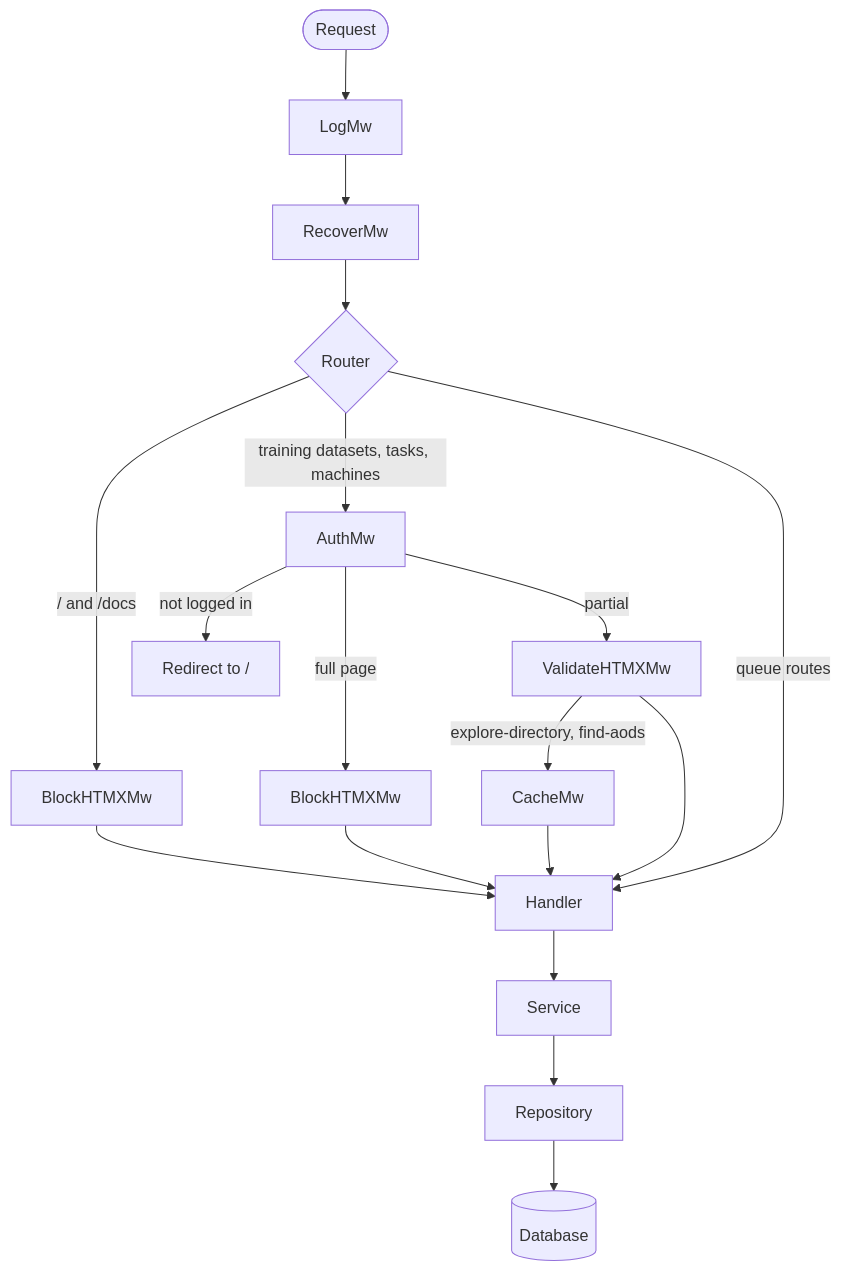
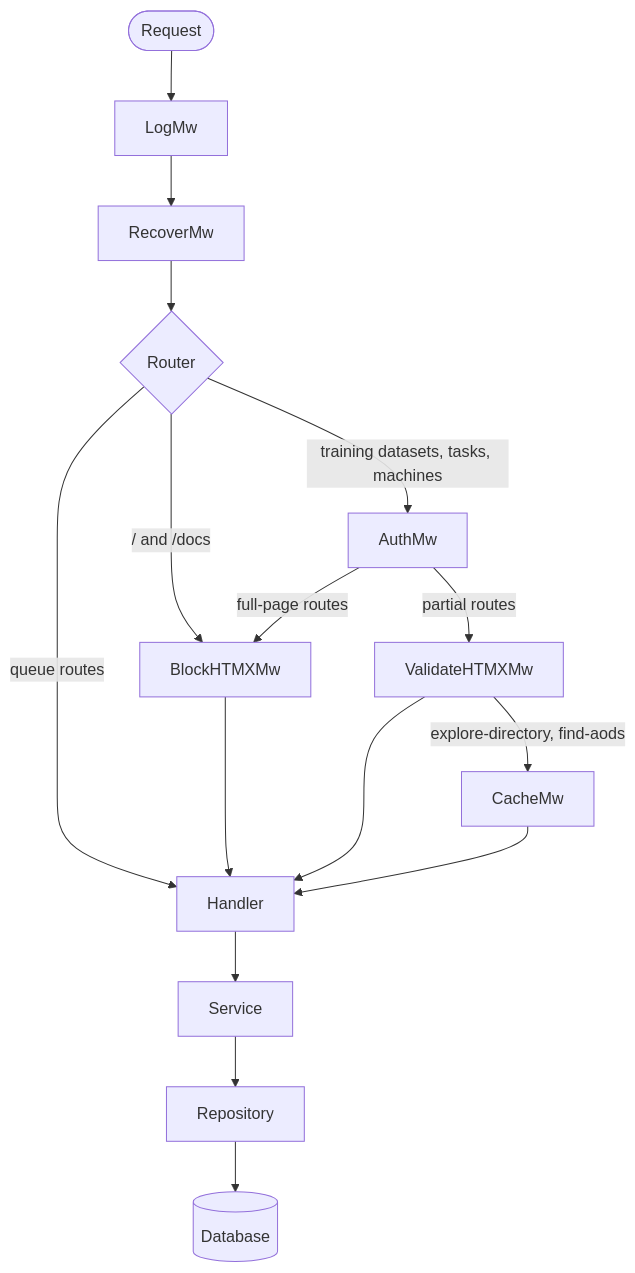
One commit to mytkom/AliceTraINT changed the second of 2 diagrams in docs/3-development/1-architecture.md. Above: the diagram before and after it, drawn with Mermaid. The commit also changed other lines of this file and 1 other file, not shown here.

Commit message:
docs: fix diagram inconsistencies found in review

````diff
--- a/docs/3-development/1-architecture.md
+++ b/docs/3-development/1-architecture.md
@@ -83,17 +85,15 @@
 ```mermaid
 flowchart TD
   accTitle: Request middleware
-  accDescr: A request passes LogMw and RecoverMw, then the router. Pages for training datasets, tasks and machines pass AuthMw, then BlockHTMXMw for full pages or ValidateHTMXMw for partials, then CacheMw on two JAliEn routes, then the handler. Public pages only block HTMX. Queue routes have no middleware of their own and go straight to the handler.
+  accDescr: A request passes LogMw and RecoverMw, then the router. Routes for training datasets, tasks and machines pass AuthMw, then BlockHTMXMw for full pages or ValidateHTMXMw for partials, and CacheMw on two JAliEn routes, before the handler. The landing page and the docs pass only BlockHTMXMw. Queue routes go straight to the handler. The handler calls a service, which uses a repository to reach the database.
 
   request([Request]) --> log[LogMw] --> recover[RecoverMw] --> router{Router}
-  router -->|"/ and /docs"| public[BlockHTMXMw]
   router -->|training datasets, tasks, machines| auth[AuthMw]
+  router -->|"/ and /docs"| block[BlockHTMXMw]
   router -->|queue routes| handler
-  auth -->|not logged in| redirect[Redirect to /]
-  auth -->|full page| block[BlockHTMXMw]
-  auth -->|partial| validate[ValidateHTMXMw]
+  auth -->|full-page routes| block
+  auth -->|partial routes| validate[ValidateHTMXMw]
   validate -->|explore-directory, find-aods| cachemw[CacheMw]
   block & validate & cachemw --> handler[Handler]
-  public --> handler
   handler --> service[Service] --> repository[Repository] --> db[(Database)]
 ```
````
